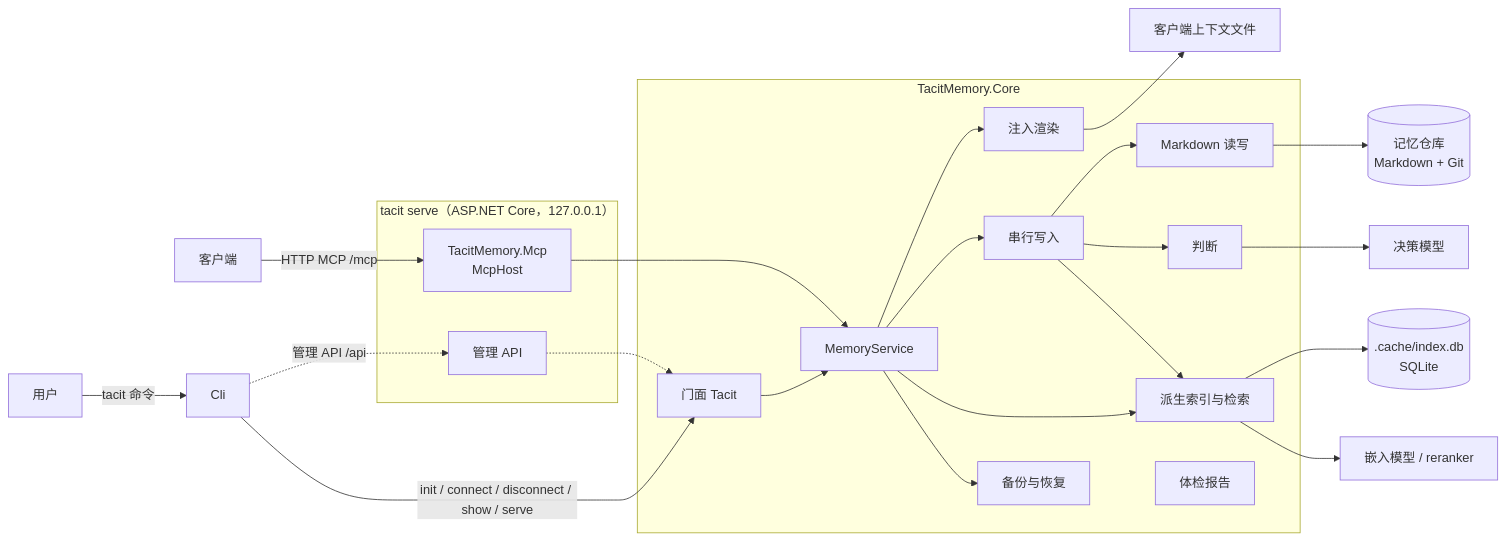
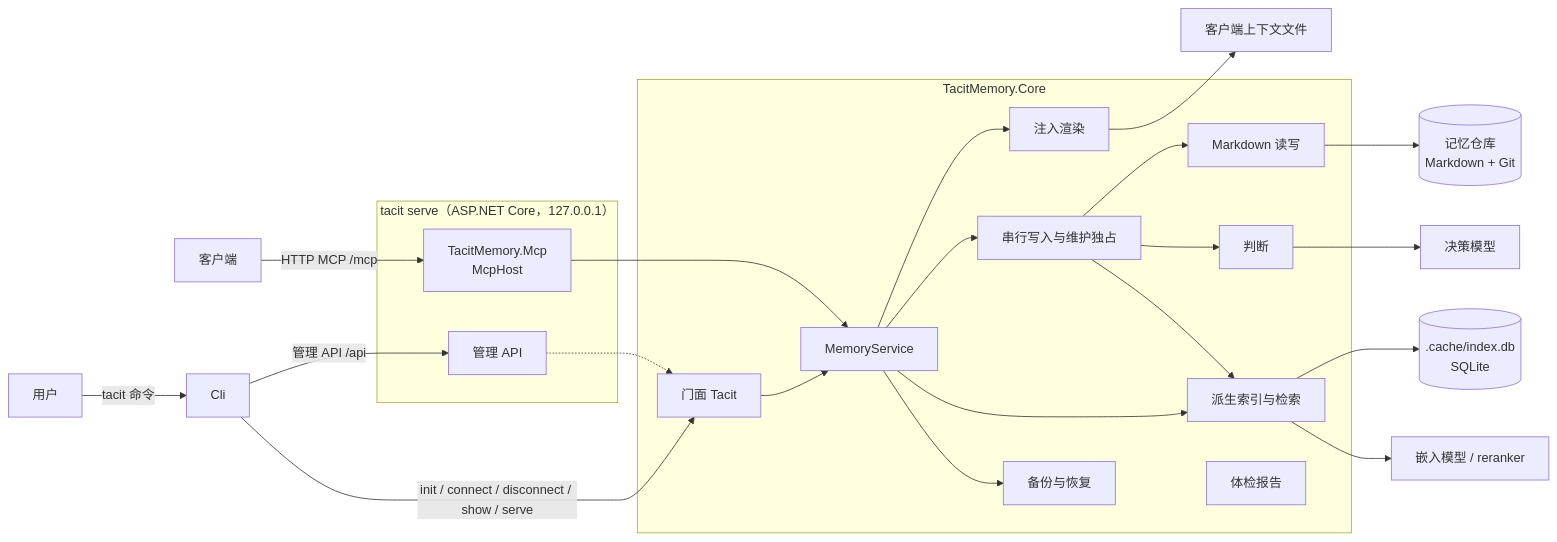
Before and after one commit to kearril/tacit-memory: the diagram in docs/architecture.md, drawn with Mermaid. The commit also changed other lines of this file and 111 other files, not shown here.

````diff
--- a/docs/architecture.md
+++ b/docs/architecture.md
@@ -11,37 +11,37 @@
 ```mermaid
 flowchart LR
     Client[客户端] -->|HTTP MCP /mcp| Mcp
     User[用户] -->|tacit 命令| Cli
-    Cli -.->|管理 API /api| Admin
+    Cli -->|管理 API /api| Admin
     subgraph Host["tacit serve（ASP.NET Core，127.0.0.1）"]
         Mcp[TacitMemory.Mcp<br>McpHost]
         Admin[管理 API]
     end
     Cli -->|init / connect / disconnect / show / serve| Facade
     Mcp --> Service
     Admin -.-> Facade
     subgraph Core["TacitMemory.Core"]
         Facade[门面 Tacit]
         Service[MemoryService]
-        Writer[串行写入]
+        Writer[串行写入与维护独占]
         Store[Markdown 读写]
         Index[派生索引与检索]
         Judge[判断]
         Inject[注入渲染]
         Checkup[体检报告]
         Backup[备份与恢复]
     end
     Facade --> Service
     Service --> Inject
     Service --> Writer
     Service --> Index
     Service --> Backup
     Writer --> Store
     Writer --> Judge
     Writer --> Index
     Store --> Repo[(记忆仓库<br>Markdown + Git)]
     Index --> Db[(.cache/index.db<br>SQLite)]
     Index --> Aux[嵌入模型 / reranker]
     Judge --> Decision[决策模型]
     Inject --> Files[客户端上下文文件]
 ```
````
